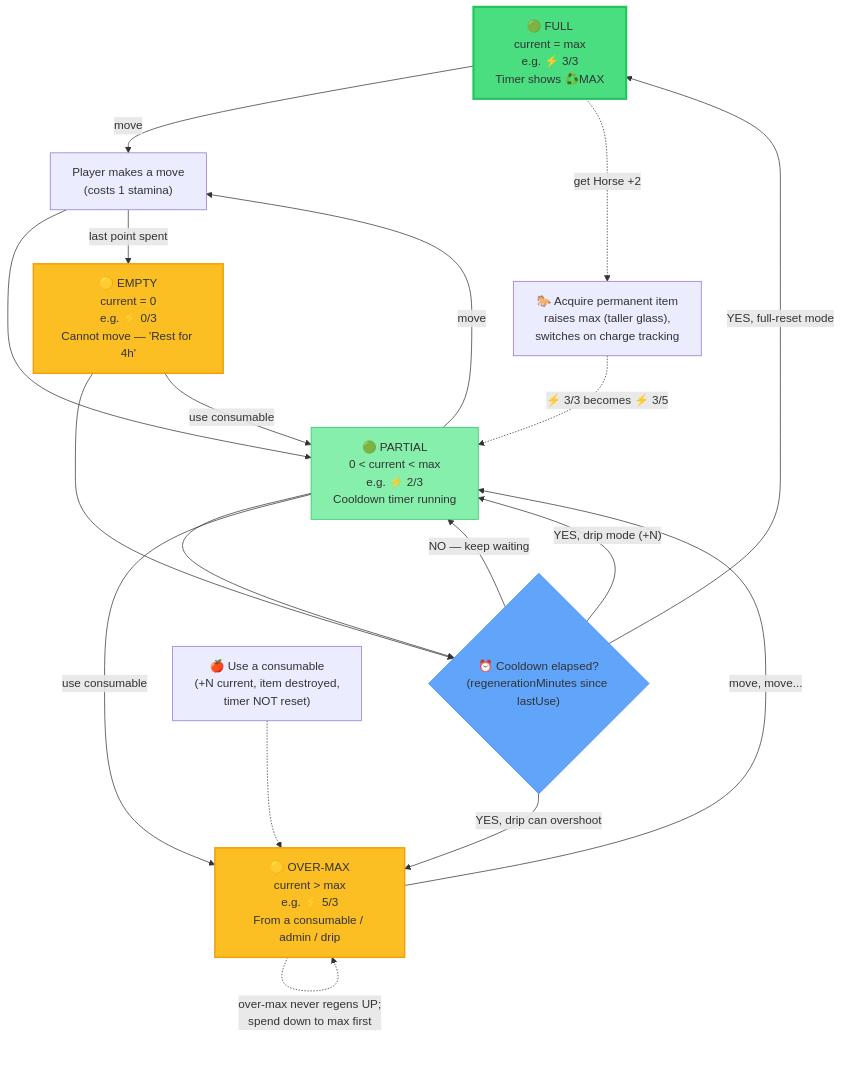
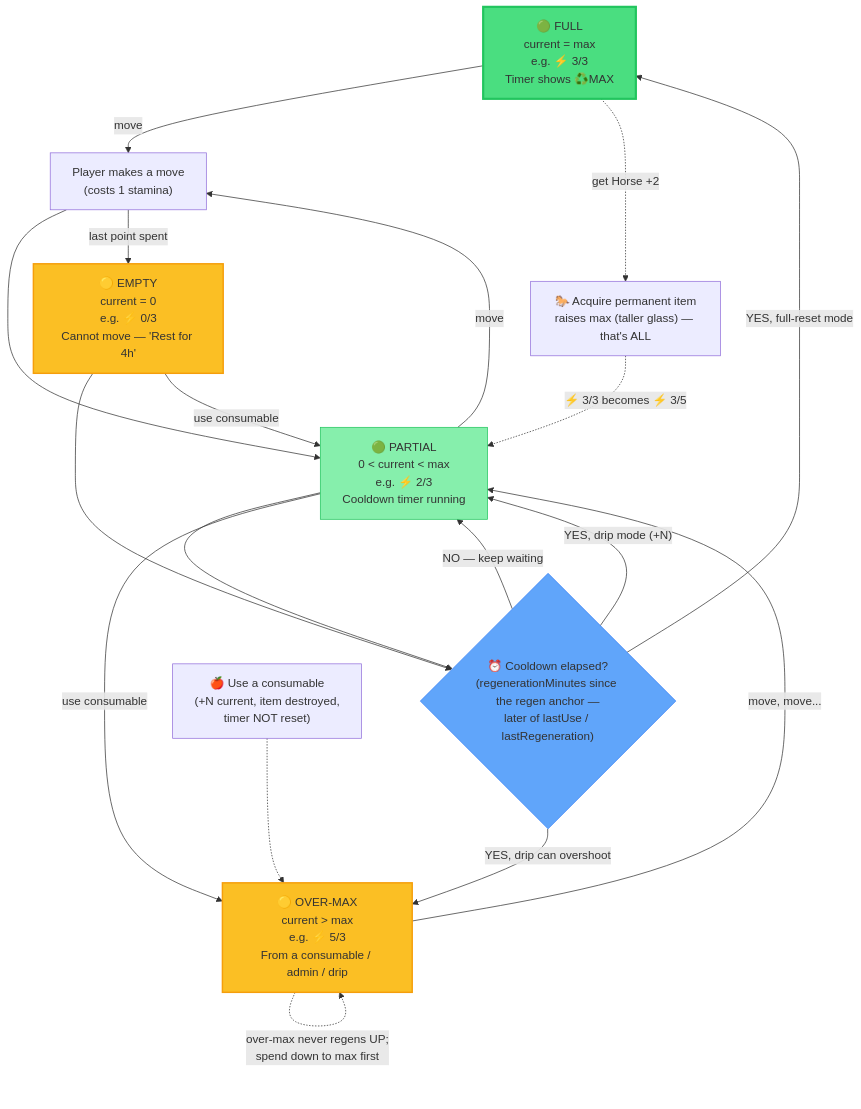
One commit to extremedonkey/castbot changed the first of 11 diagrams in docs/03-features/StaminaArchitecture.md. Above: the diagram before and after it, drawn with Mermaid. The commit also changed other lines of this file and 8 other files, not shown here.

````diff
--- a/docs/03-features/StaminaArchitecture.md
+++ b/docs/03-features/StaminaArchitecture.md
@@ -44,37 +44,37 @@
 ```mermaid
 flowchart TD
     FULL["🟢 FULL<br/>current = max<br/>e.g. ⚡ 3/3<br/>Timer shows ♻️MAX"]
     SPENDING["Player makes a move<br/>(costs 1 stamina)"]
     PARTIAL["🟢 PARTIAL<br/>0 < current < max<br/>e.g. ⚡ 2/3<br/>Cooldown timer running"]
     EMPTY["🟡 EMPTY<br/>current = 0<br/>e.g. ⚡ 0/3<br/>Cannot move — 'Rest for 4h'"]
-    REGEN{"⏰ Cooldown elapsed?<br/>(regenerationMinutes since lastUse)"}
+    REGEN{"⏰ Cooldown elapsed?<br/>(regenerationMinutes since the regen anchor —<br/>later of lastUse / lastRegeneration)"}
     OVERMAX["🟡 OVER-MAX<br/>current > max<br/>e.g. ⚡ 5/3<br/>From a consumable / admin / drip"]
 
     FULL -->|move| SPENDING
     SPENDING --> PARTIAL
     PARTIAL -->|move| SPENDING
     SPENDING -->|last point spent| EMPTY
     PARTIAL --> REGEN
     EMPTY --> REGEN
     REGEN -->|"NO — keep waiting"| PARTIAL
     REGEN -->|"YES, full-reset mode"| FULL
     REGEN -->|"YES, drip mode (+N)"| PARTIAL
     REGEN -->|"YES, drip can overshoot"| OVERMAX
     OVERMAX -->|move, move...| PARTIAL
     OVERMAX -.->|"over-max never regens UP;<br/>spend down to max first"| OVERMAX
 
     USECONS["🍎 Use a consumable<br/>(+N current, item destroyed,<br/>timer NOT reset)"]
     PARTIAL -->|use consumable| OVERMAX
     EMPTY -->|use consumable| PARTIAL
     USECONS -.-> OVERMAX
 
-    GETITEM["🐎 Acquire permanent item<br/>raises max (taller glass),<br/>switches on charge tracking"]
+    GETITEM["🐎 Acquire permanent item<br/>raises max (taller glass) — that's ALL"]
     FULL -.->|get Horse +2| GETITEM
     GETITEM -.->|"⚡ 3/3 becomes ⚡ 3/5"| PARTIAL
 
     style FULL fill:#4ade80,stroke:#22c55e,stroke-width:3px
     style PARTIAL fill:#86efac,stroke:#22c55e
     style EMPTY fill:#fbbf24,stroke:#f59e0b,stroke-width:2px
     style OVERMAX fill:#fbbf24,stroke:#f59e0b,stroke-width:2px
     style REGEN fill:#60a5fa,stroke:#3b82f6
 ```
````
